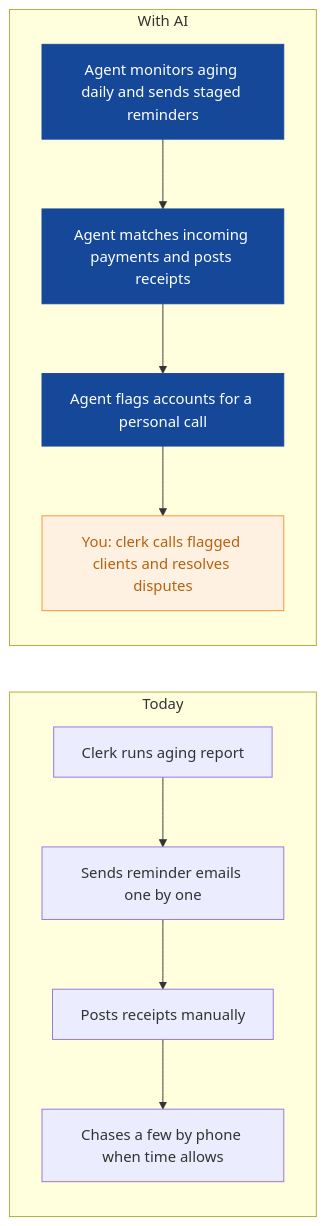
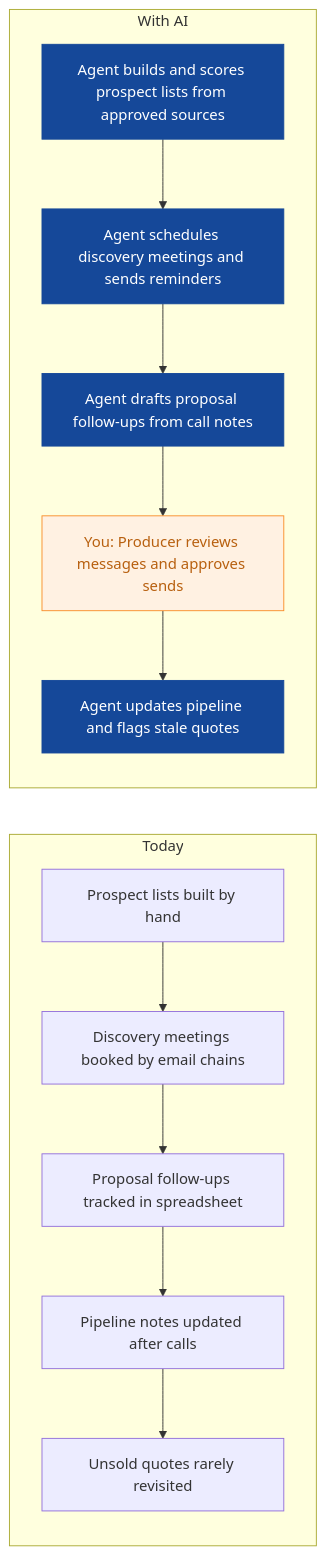
One commit to nexibeo/Complete-AI-Strategy changed the sixth of 9 diagrams in strategies/clearpath-insurance-brokers.md. Above: the diagram before and after it, drawn with Mermaid. The commit also changed other lines of this file and 26 other files, not shown here.

````diff
--- a/strategies/clearpath-insurance-brokers.md
+++ b/strategies/clearpath-insurance-brokers.md
@@ -187,21 +198,23 @@
 ```mermaid
 flowchart LR
   subgraph Today
-    B0["Clerk runs aging report"]
-    B1["Sends reminder emails one by one"]
-    B2["Posts receipts manually"]
-    B3["Chases a few by phone when time allows"]
-    B0 --> B1 --> B2 --> B3
+    B0["Prospect lists built by hand"]
+    B1["Discovery meetings booked by email chains"]
+    B2["Proposal follow-ups tracked in spreadsheet"]
+    B3["Pipeline notes updated after calls"]
+    B4["Unsold quotes rarely revisited"]
+    B0 --> B1 --> B2 --> B3 --> B4
   end
   subgraph WithAI[With AI]
-    A0["Agent monitors aging daily and sends staged reminders"]
-    A1["Agent matches incoming payments and posts receipts"]
-    A2["Agent flags accounts for a personal call"]
-    A3["You: clerk calls flagged clients and resolves disputes"]
-    A0 --> A1 --> A2 --> A3
+    A0["Agent builds and scores prospect lists from approved sources"]
+    A1["Agent schedules discovery meetings and sends reminders"]
+    A2["Agent drafts proposal follow-ups from call notes"]
+    A3["You: Producer reviews messages and approves sends"]
+    A4["Agent updates pipeline and flags stale quotes"]
+    A0 --> A1 --> A2 --> A3 --> A4
   end
   classDef ai fill:#154899,color:#fff,stroke:#154899
   classDef human fill:#FFF1E2,color:#B8600F,stroke:#F98F2C
-  class A0,A1,A2 ai
+  class A0,A1,A2,A4 ai
   class A3 human
 ```
````
